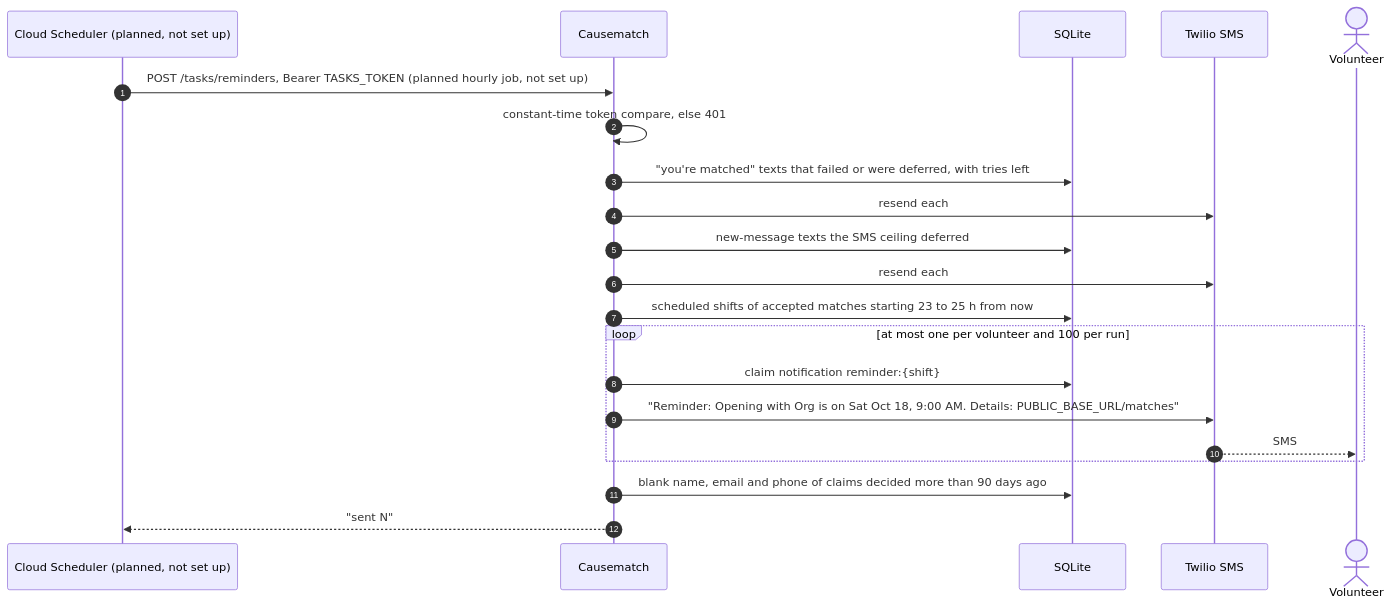
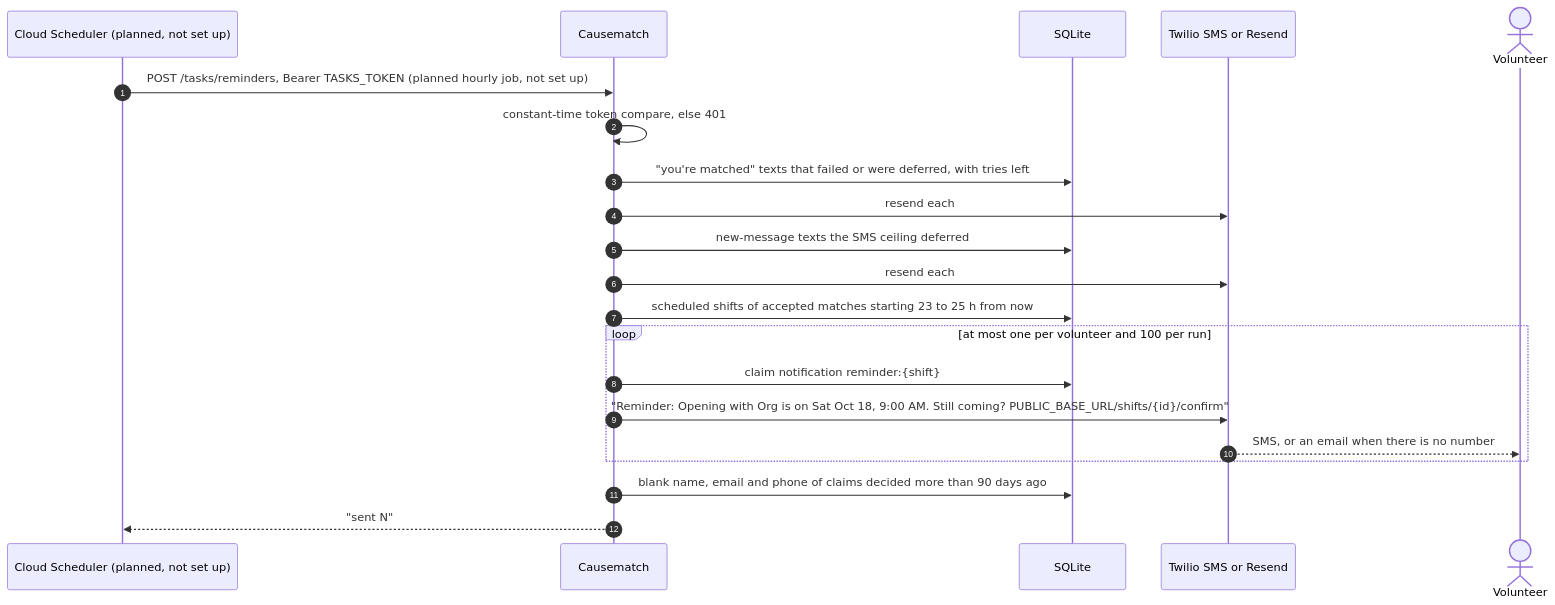
Diagram 20 of 25 in docs/ARCHITECTURE.md (slegroux/causematch), drawn with Mermaid before and after one commit. The commit also changed other lines of this file, not shown here.

First line of the commit message:
Architecture doc: a C4 tour on top, the reference below, up to date with main

````diff
--- a/docs/ARCHITECTURE.md
+++ b/docs/ARCHITECTURE.md
@@ -683,24 +1076,24 @@
 ```mermaid
 sequenceDiagram
     autonumber
     participant S as Cloud Scheduler (planned, not set up)
     participant A as Causematch
     participant DB as SQLite
-    participant T as Twilio SMS
+    participant T as Twilio SMS or Resend
     actor V as Volunteer
 
     S->>A: POST /tasks/reminders, Bearer TASKS_TOKEN (planned hourly job, not set up)
     A->>A: constant-time token compare, else 401
     A->>DB: "you're matched" texts that failed or were deferred, with tries left
     A->>T: resend each
     A->>DB: new-message texts the SMS ceiling deferred
     A->>T: resend each
     A->>DB: scheduled shifts of accepted matches starting 23 to 25 h from now
     loop at most one per volunteer and 100 per run
         A->>DB: claim notification reminder:{shift}
-        A->>T: "Reminder: Opening with Org is on Sat Oct 18, 9:00 AM. Details: PUBLIC_BASE_URL/matches"
-        T-->>V: SMS
+        A->>T: "Reminder: Opening with Org is on Sat Oct 18, 9:00 AM. Still coming? PUBLIC_BASE_URL/shifts/{id}/confirm"
+        T-->>V: SMS, or an email when there is no number
     end
     A->>DB: blank name, email and phone of claims decided more than 90 days ago
     A-->>S: "sent N"
 ```
````
